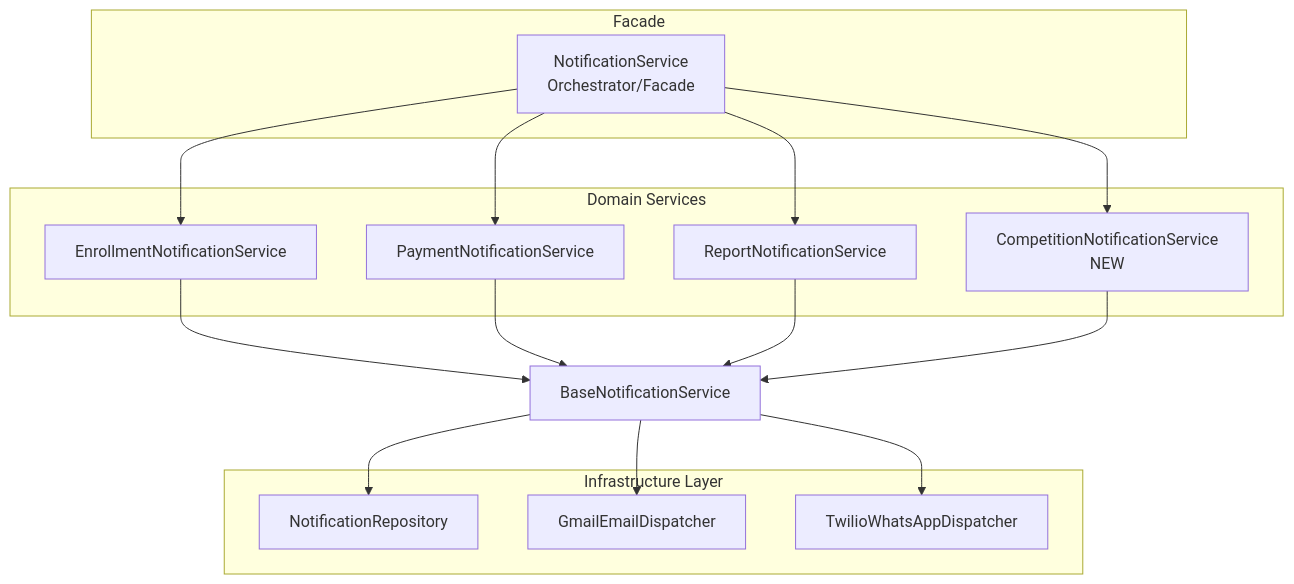
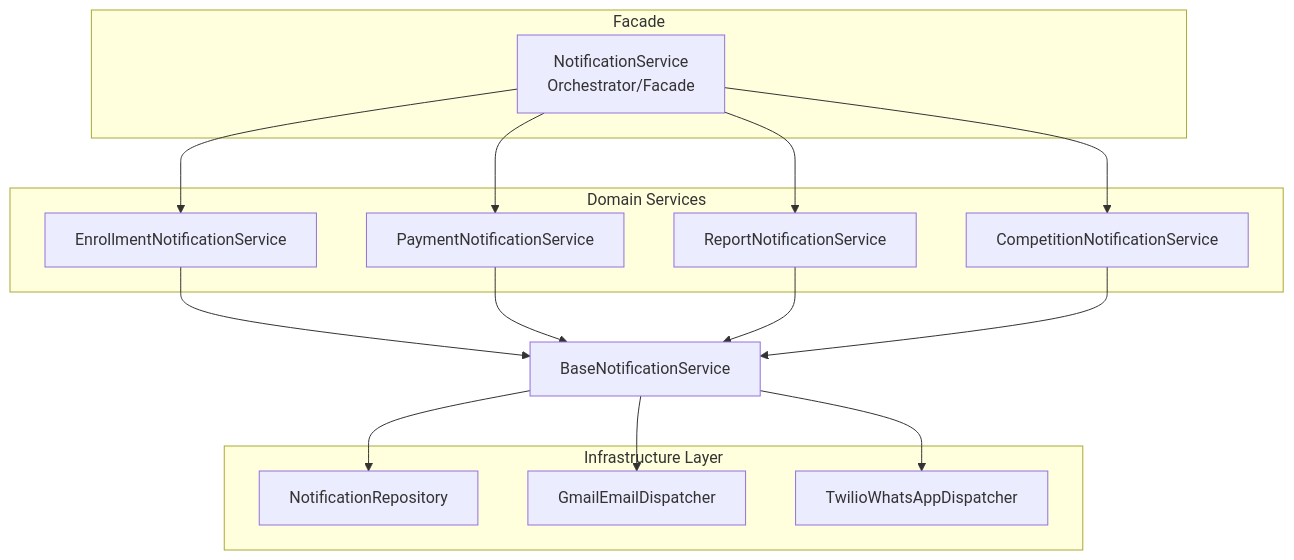
The first of 8 diagrams in docs/notification-architecture.md (ibrhmahmd/techno-terminal), drawn with Mermaid before and after one commit. The commit also changed other lines of this file, not shown here.

Commit message:
docs: update notification architecture documentation

````diff
--- a/docs/notification-architecture.md
+++ b/docs/notification-architecture.md
@@ -50,33 +51,33 @@
 ```mermaid
 graph TD
     NS[NotificationService<br/>Orchestrator/Facade] --> EN[EnrollmentNotificationService]
     NS --> PN[PaymentNotificationService]
     NS --> RN[ReportNotificationService]
-    NS --> CN[CompetitionNotificationService<br/>NEW]
+    NS --> CN[CompetitionNotificationService]
     
     EN --> BNS[BaseNotificationService]
     PN --> BNS
     RN --> BNS
     CN --> BNS
     
     BNS --> NR[NotificationRepository]
     BNS --> ED[GmailEmailDispatcher]
     BNS --> WD[TwilioWhatsAppDispatcher]
     
     subgraph "Infrastructure Layer"
         NR
         ED
         WD
     end
     
     subgraph "Domain Services"
         EN
         PN
         RN
         CN
     end
     
     subgraph "Facade"
         NS
     end
 ```
````
